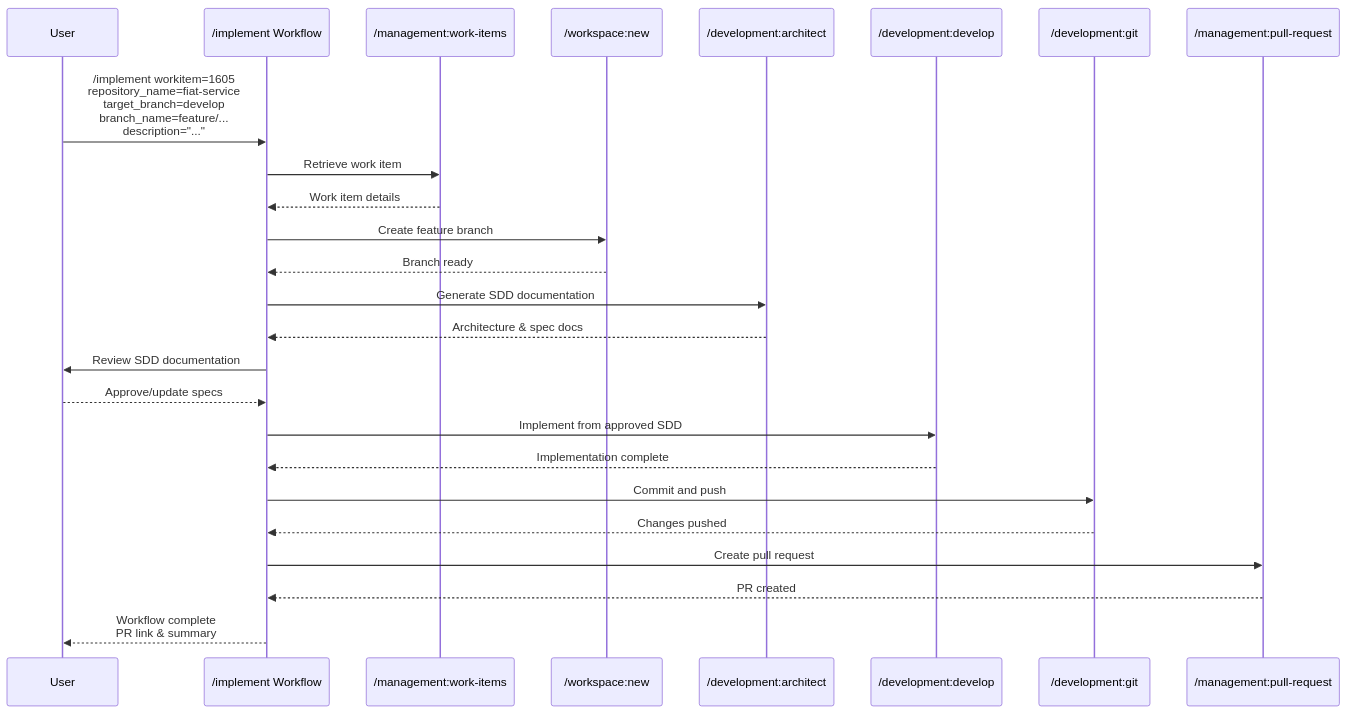
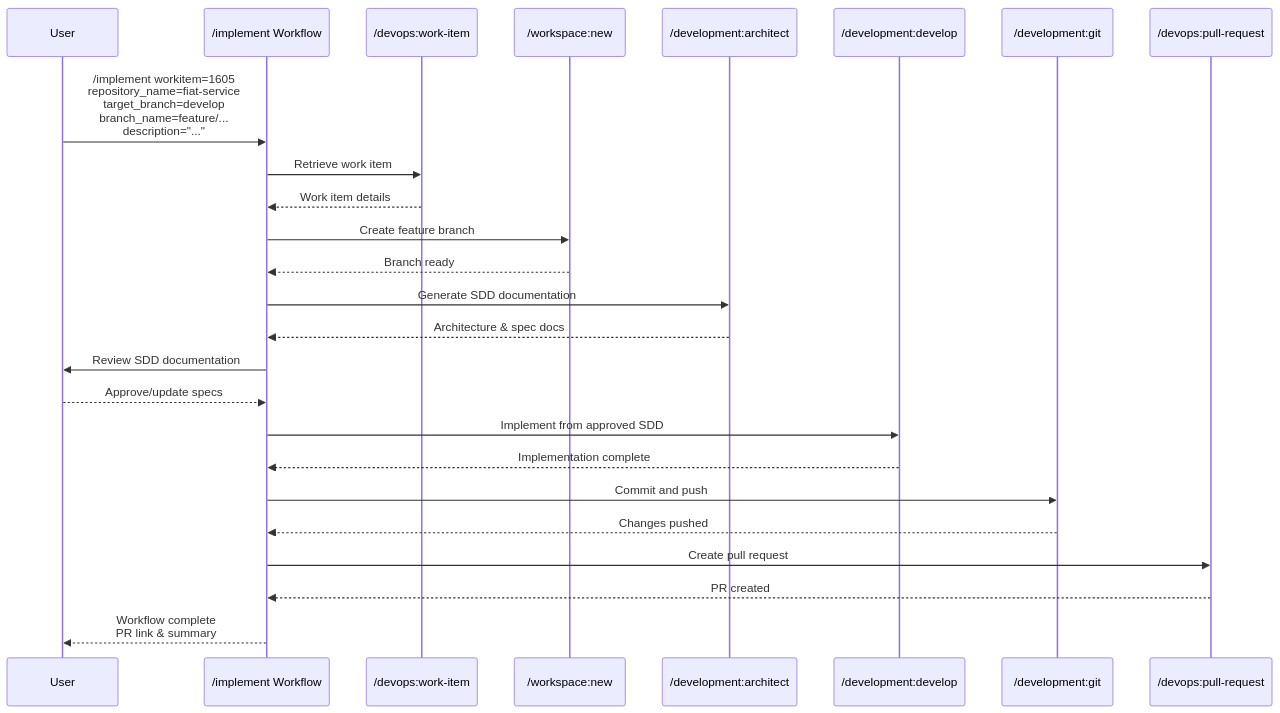
One commit to zzaia/zzaia-agentic-workspace changed the diagram in .claude/commands/workflows/implement.md. Above: the diagram before and after it, drawn with Mermaid. The commit also changed other lines of this file and 9 other files, not shown here.

````diff
--- a/.claude/commands/workflows/implement.md
+++ b/.claude/commands/workflows/implement.md
@@ -98,36 +98,36 @@
 ```mermaid
 sequenceDiagram
     participant U as User
     participant P as /implement Workflow
-    participant MgmtW as /management:work-items
+    participant MgmtW as /devops:work-item
     participant WkspM as /workspace:new
     participant DevA as /development:architect
     participant DevD as /development:develop
     participant DevG as /development:git
-    participant MgmtP as /management:pull-request
+    participant MgmtP as /devops:pull-request
 
     U->>P: /implement workitem=1605<br/>repository_name=fiat-service<br/>target_branch=develop<br/>branch_name=feature/...<br/>description="..."
 
     P->>MgmtW: Retrieve work item
     MgmtW-->>P: Work item details
 
     P->>WkspM: Create feature branch
     WkspM-->>P: Branch ready
 
     P->>DevA: Generate SDD documentation
     DevA-->>P: Architecture & spec docs
 
     P->>U: Review SDD documentation
     U-->>P: Approve/update specs
 
     P->>DevD: Implement from approved SDD
     DevD-->>P: Implementation complete
 
     P->>DevG: Commit and push
     DevG-->>P: Changes pushed
 
     P->>MgmtP: Create pull request
     MgmtP-->>P: PR created
 
     P-->>U: Workflow complete<br/>PR link & summary
 ```
````
